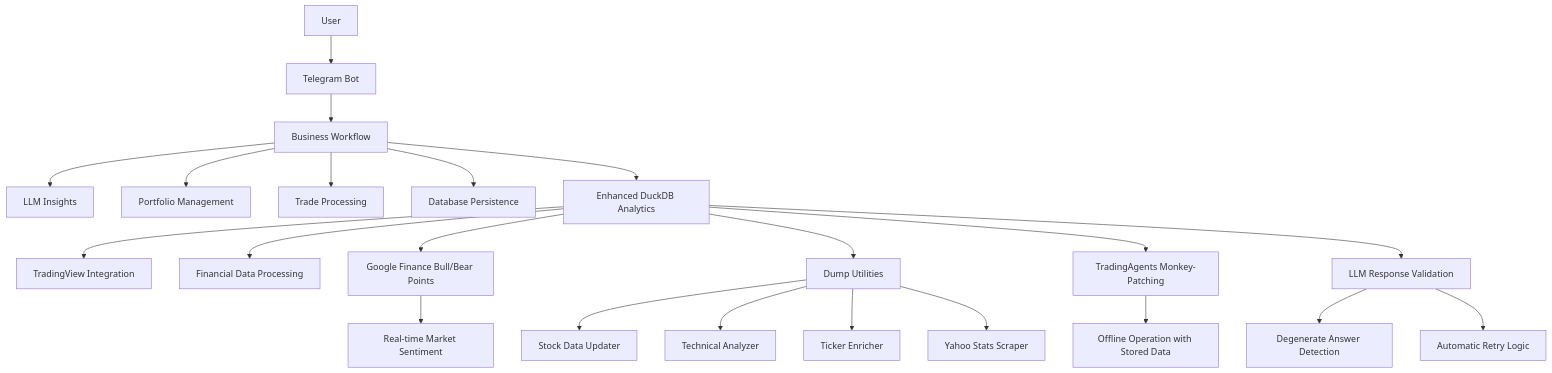
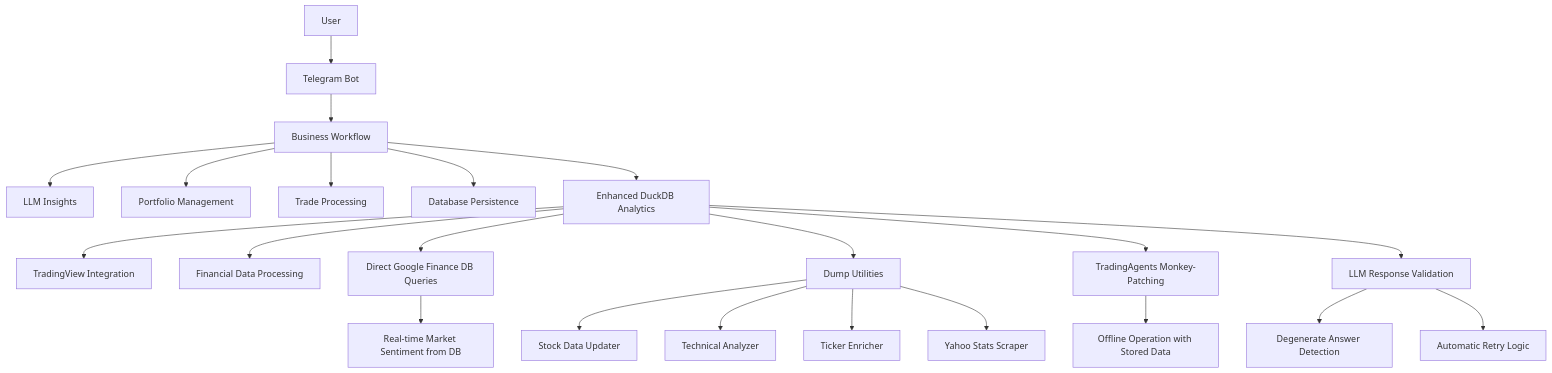
Before and after one commit to ZengSeng/telegram-bot: diagram 12 of 13 in .qoder/repowiki/en/content/Core Components/Analysis Framework.md, drawn with Mermaid. The commit also changed other lines of this file and 11 other files, not shown here.

````diff
--- a/.qoder/repowiki/en/content/Core Components/Analysis Framework.md
+++ b/.qoder/repowiki/en/content/Core Components/Analysis Framework.md
@@ -630,24 +641,24 @@
 ```mermaid
 graph TB
 User["User"] --> Telegram["Telegram Bot"]
 Telegram --> Workflow["Business Workflow"]
 Workflow --> AI["LLM Insights"]
 Workflow --> Portfolio["Portfolio Management"]
 Workflow --> Trades["Trade Processing"]
 Workflow --> Storage["Database Persistence"]
 Workflow --> EnhancedAnalytics["Enhanced DuckDB Analytics"]
 EnhancedAnalytics --> TradingView["TradingView Integration"]
 EnhancedAnalytics --> FinancialData["Financial Data Processing"]
-EnhancedAnalytics --> GoogleFinance["Google Finance Bull/Bear Points"]
+EnhancedAnalytics --> DirectDBQuery["Direct Google Finance DB Queries"]
 EnhancedAnalytics --> DumpUtilities["Dump Utilities"]
 EnhancedAnalytics --> TradingAgents["TradingAgents Monkey-Patching"]
 EnhancedAnalytics --> LLMValidation["LLM Response Validation"]
 TradingAgents --> OfflineOperation["Offline Operation with Stored Data"]
-GoogleFinance --> MarketSentiment["Real-time Market Sentiment"]
+DirectDBQuery --> MarketSentiment["Real-time Market Sentiment from DB"]
 DumpUtilities --> StockDataUpdater["Stock Data Updater"]
 DumpUtilities --> TechnicalAnalyzer["Technical Analyzer"]
 DumpUtilities --> TickerEnricher["Ticker Enricher"]
 DumpUtilities --> YahooScraper["Yahoo Stats Scraper"]
 LLMValidation --> DegenerateDetection["Degenerate Answer Detection"]
 LLMValidation --> RetryLogic["Automatic Retry Logic"]
 ```
````
